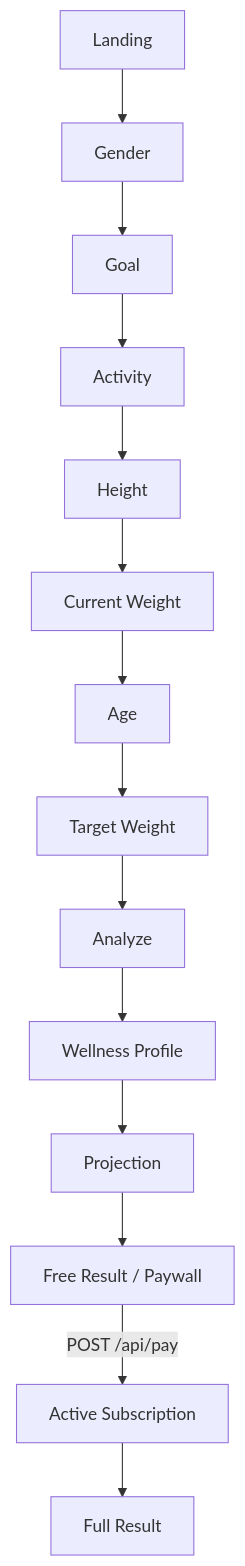
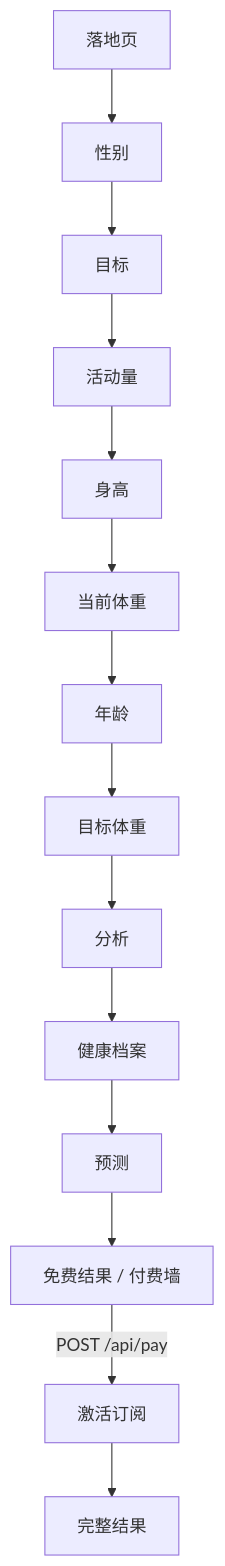
The first of 2 diagrams in README.md (BakerSean168/health-assessment-challenge), drawn with Mermaid before and after one commit. The commit also changed other lines of this file and 18 other files, not shown here.

````diff
--- a/README.md
+++ b/README.md
@@ -63,16 +88,16 @@
 ```mermaid
 flowchart TD
-    A[Landing] --> B[Gender]
-    B --> C[Goal]
-    C --> D[Activity]
-    D --> E[Height]
-    E --> F[Current Weight]
-    F --> G[Age]
-    G --> H[Target Weight]
-    H --> I[Analyze]
-    I --> J[Wellness Profile]
-    J --> K[Projection]
-    K --> L[Free Result / Paywall]
-    L -->|POST /api/pay| M[Active Subscription]
-    M --> N[Full Result]
+    A[落地页] --> B[性别]
+    B --> C[目标]
+    C --> D[活动量]
+    D --> E[身高]
+    E --> F[当前体重]
+    F --> G[年龄]
+    G --> H[目标体重]
+    H --> I[分析]
+    I --> J[健康档案]
+    J --> K[预测]
+    K --> L[免费结果 / 付费墙]
+    L -->|POST /api/pay| M[激活订阅]
+    M --> N[完整结果]
 ```
````
